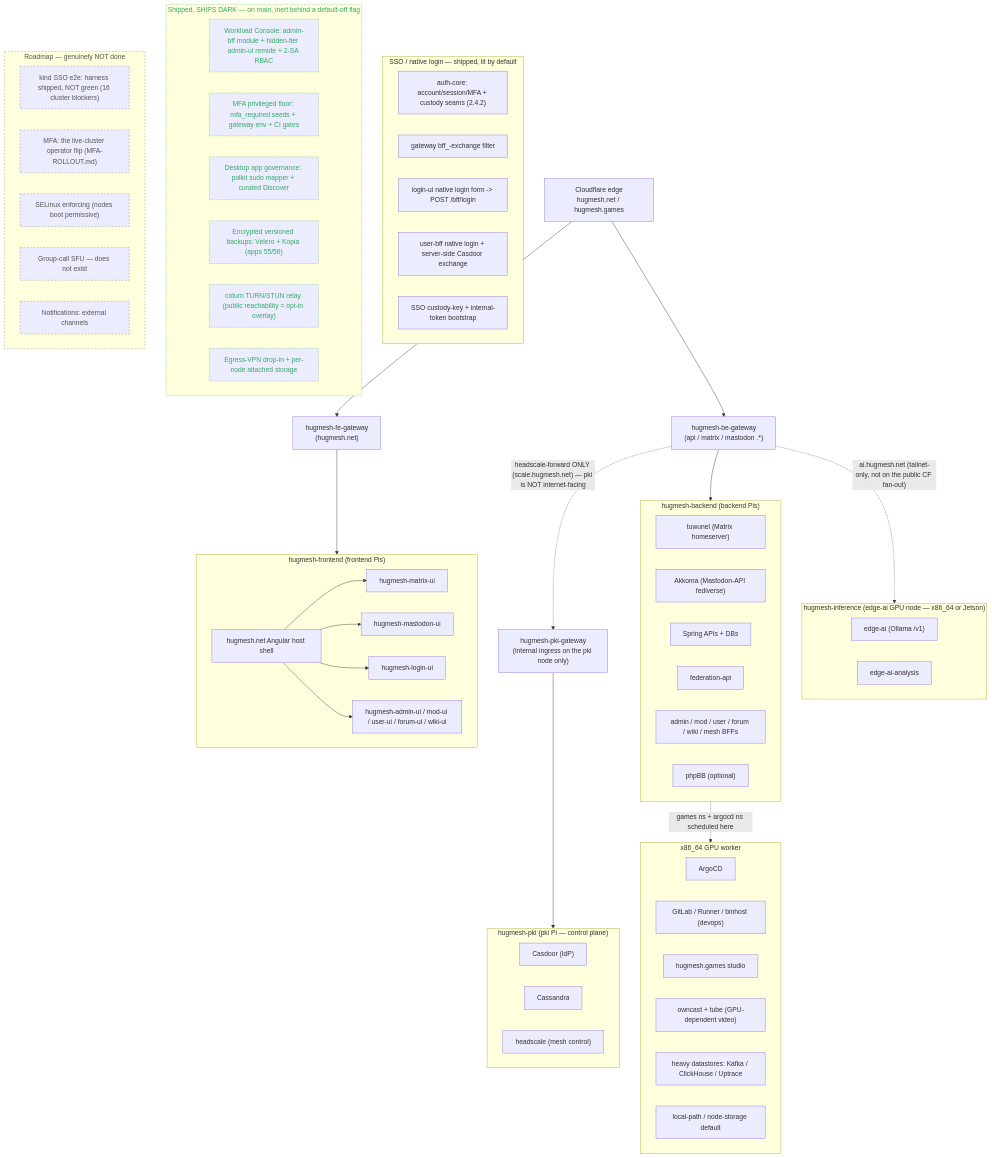
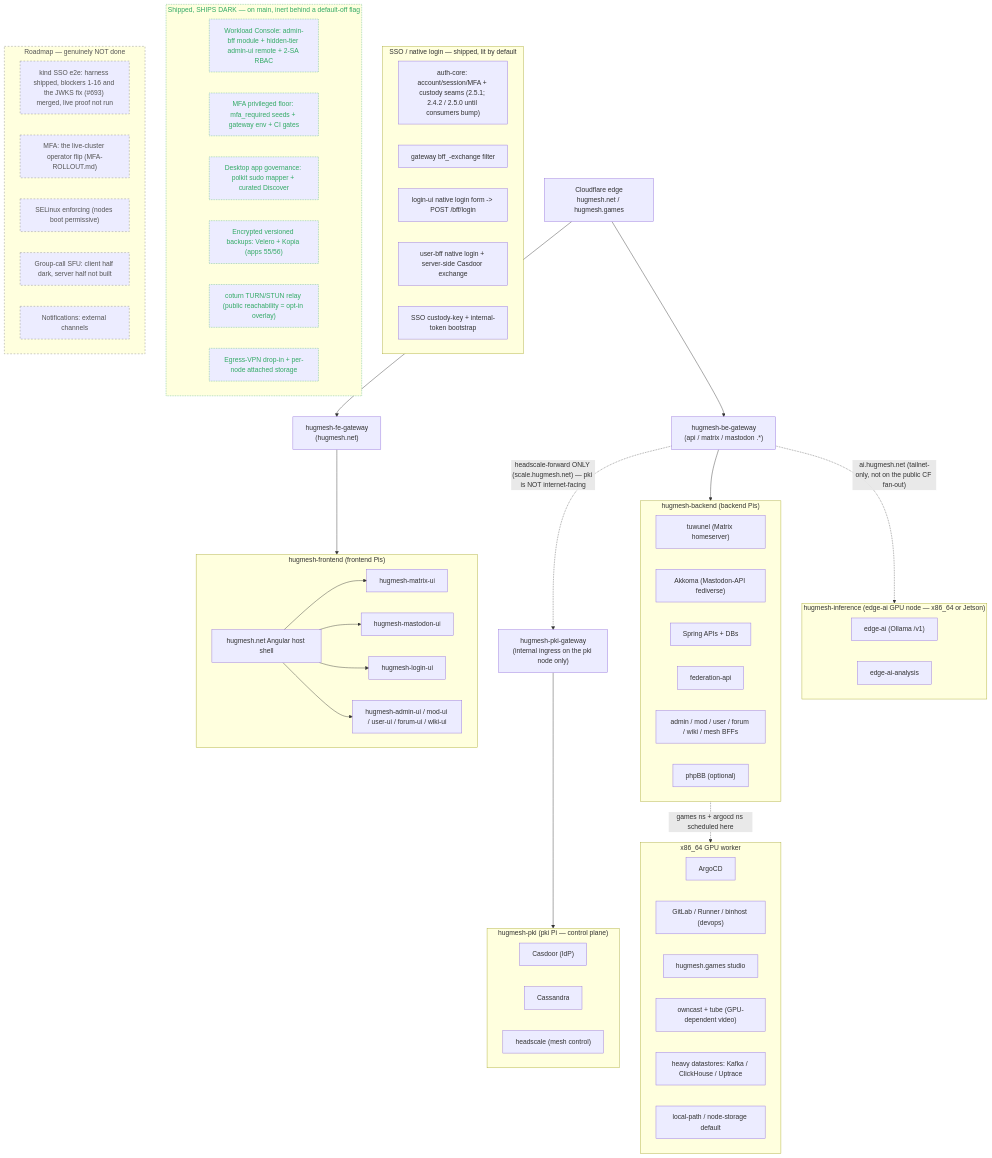
One commit to hugmesh/hugmesh.github.io changed the first of 2 diagrams in content/architecture/cluster-architecture.md. Above: the diagram before and after it, drawn with Mermaid. The commit also changed other lines of this file and 166 other files, not shown here.

````diff
--- a/content/architecture/cluster-architecture.md
+++ b/content/architecture/cluster-architecture.md
@@ -33,80 +33,80 @@
 ```mermaid
 flowchart TD
     CF["Cloudflare edge<br/>hugmesh.net / hugmesh.games"]
     CF --> FEGW["hugmesh-fe-gateway<br/>(hugmesh.net)"]
     CF --> BEGW["hugmesh-be-gateway<br/>(api / matrix / mastodon .*)"]
 
     subgraph FE["hugmesh-frontend (frontend Pis)"]
         HOST["hugmesh.net Angular host shell"]
         HOST --> MUI["hugmesh-matrix-ui"]
         HOST --> MASTUI["hugmesh-mastodon-ui"]
         HOST --> LOGINUI["hugmesh-login-ui"]
         HOST --> ADMINUI["hugmesh-admin-ui / mod-ui / user-ui / forum-ui / wiki-ui"]
     end
 
     subgraph BE["hugmesh-backend (backend Pis)"]
         TUW["tuwunel (Matrix homeserver)"]
         AKK["Akkoma (Mastodon-API fediverse)"]
         APIS["Spring APIs + DBs"]
         FEDAPI["federation-api"]
         BFFS["admin / mod / user / forum / wiki / mesh BFFs"]
         PHPBB["phpBB (optional)"]
     end
 
     subgraph PKI["hugmesh-pki (pki Pi — control plane)"]
         CAS["Casdoor (IdP)"]
         CASS["Cassandra"]
         HS["headscale (mesh control)"]
     end
 
     subgraph INFER["hugmesh-inference (edge-ai GPU node — x86_64 or Jetson)"]
         EDGEAI["edge-ai (Ollama /v1)"]
         EDGEAIAN["edge-ai-analysis"]
     end
 
     subgraph X86["x86_64 GPU worker"]
         ARGO["ArgoCD"]
         DEVOPS["GitLab / Runner / binhost (devops)"]
         GAMES["hugmesh.games studio"]
         VIDEO["owncast + tube (GPU-dependent video)"]
         HEAVY["heavy datastores: Kafka / ClickHouse / Uptrace"]
         STORE["local-path / node-storage default"]
     end
 
     FEGW --> FE
     BEGW --> BE
     BE -. "games ns + argocd ns scheduled here" .-> X86
     BEGW -. "ai.hugmesh.net (tailnet-only, not on the public CF fan-out)" .-> INFER
     BEGW -. "headscale-forward ONLY (scale.hugmesh.net) — pki is NOT internet-facing" .-> PKIGW["hugmesh-pki-gateway<br/>(internal ingress on the pki node only)"]
     PKIGW --> PKI
 
     subgraph SSO["SSO / native login — shipped, lit by default"]
-        AUTHCORE["auth-core: account/session/MFA + custody seams (2.4.2)"]
+        AUTHCORE["auth-core: account/session/MFA + custody seams (2.5.1; 2.4.2 / 2.5.0 until consumers bump)"]
         GWEXCH["gateway bff_-exchange filter"]
         LOGINOIDC["login-ui native login form -> POST /bff/login"]
         UBRELOC["user-bff native login + server-side Casdoor exchange"]
         CUSTKEY["SSO custody-key + internal-token bootstrap"]
     end
 
     subgraph DARK["Shipped, SHIPS DARK — on main, inert behind a default-off flag"]
         WC["Workload Console: admin-bff module + hidden-tier admin-ui remote + 2-SA RBAC"]
         MFAFLOOR["MFA privileged floor: mfa_required seeds + gateway env + CI gates"]
         DESKGOV["Desktop app governance: polkit sudo mapper + curated Discover"]
         BACKUPS["Encrypted versioned backups: Velero + Kopia (apps 55/56)"]
         TURN["coturn TURN/STUN relay (public reachability = opt-in overlay)"]
         EGRESS["Egress-VPN drop-in + per-node attached storage"]
     end
 
     subgraph ROADMAP["Roadmap — genuinely NOT done"]
-        KINDE2E["kind SSO e2e: harness shipped, NOT green (16 cluster blockers)"]
+        KINDE2E["kind SSO e2e: harness shipped, blockers 1-16 and the JWKS fix (#693) merged, live proof not run"]
         MFAFLIP["MFA: the live-cluster operator flip (MFA-ROLLOUT.md)"]
         ENFORCE["SELinux enforcing (nodes boot permissive)"]
-        SFU["Group-call SFU — does not exist"]
+        SFU["Group-call SFU: client half dark, server half not built"]
         NOTIFY["Notifications: external channels"]
     end
 
     classDef dark stroke-dasharray:2,stroke:#4a7,color:#3a6;
     classDef planned stroke-dasharray:4,stroke:#888,color:#555;
     class DARK,WC,MFAFLOOR,DESKGOV,BACKUPS,TURN,EGRESS dark;
     class ROADMAP,KINDE2E,MFAFLIP,ENFORCE,SFU,NOTIFY planned;
 ```
````
